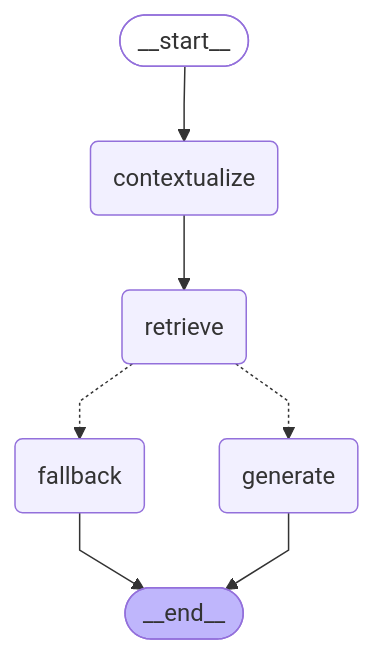
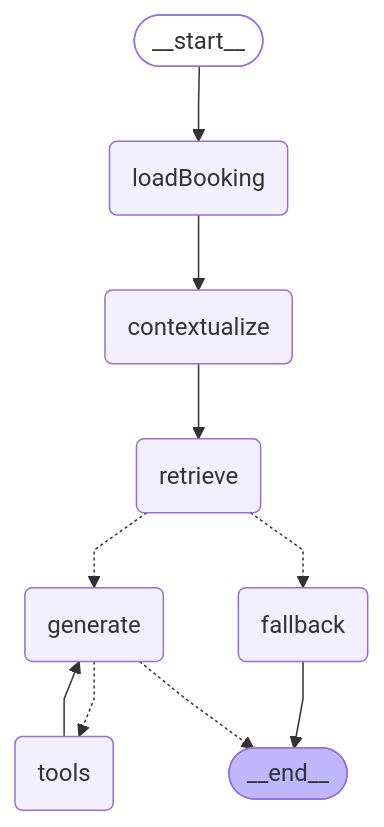
The diagram in docs/agent-graph.mmd (rjacaac211/askmystay-ai), drawn with Mermaid before and after one commit. The commit also changed 10 other files, not shown here.

```diff
--- a/docs/agent-graph.mmd
+++ b/docs/agent-graph.mmd
@@ -1,17 +1,22 @@
 %%{init: {'flowchart': {'curve': 'linear'}}}%%
 graph TD;
 	__start__([<p>__start__</p>]):::first
+	loadBooking(loadBooking)
 	contextualize(contextualize)
 	retrieve(retrieve)
 	generate(generate)
+	tools(tools)
 	fallback(fallback)
 	__end__([<p>__end__</p>]):::last
-	__start__ --> contextualize;
+	__start__ --> loadBooking;
 	contextualize --> retrieve;
 	fallback --> __end__;
-	generate --> __end__;
+	loadBooking --> contextualize;
+	tools --> generate;
 	retrieve -.-> generate;
 	retrieve -.-> fallback;
+	generate -.-> tools;
+	generate -.-> __end__;
 	classDef default fill:#f2f0ff,line-height:1.2;
 	classDef first fill-opacity:0;
 	classDef last fill:#bfb6fc;
```
